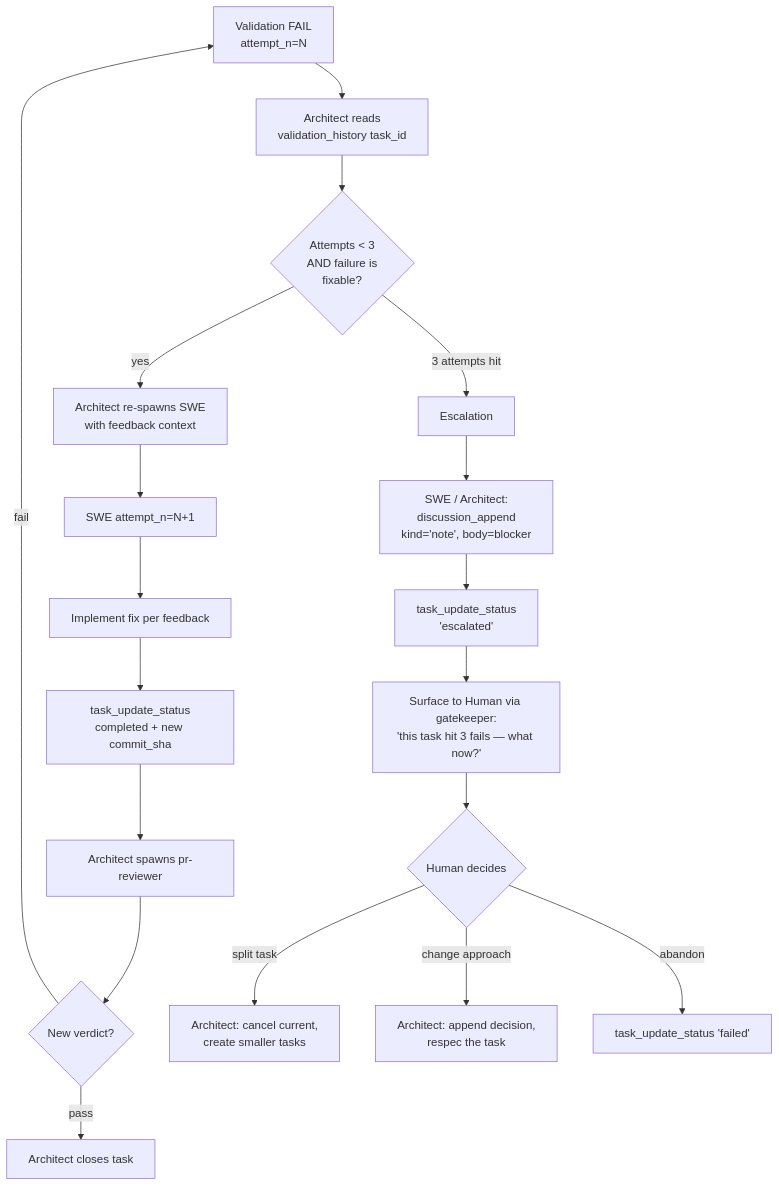
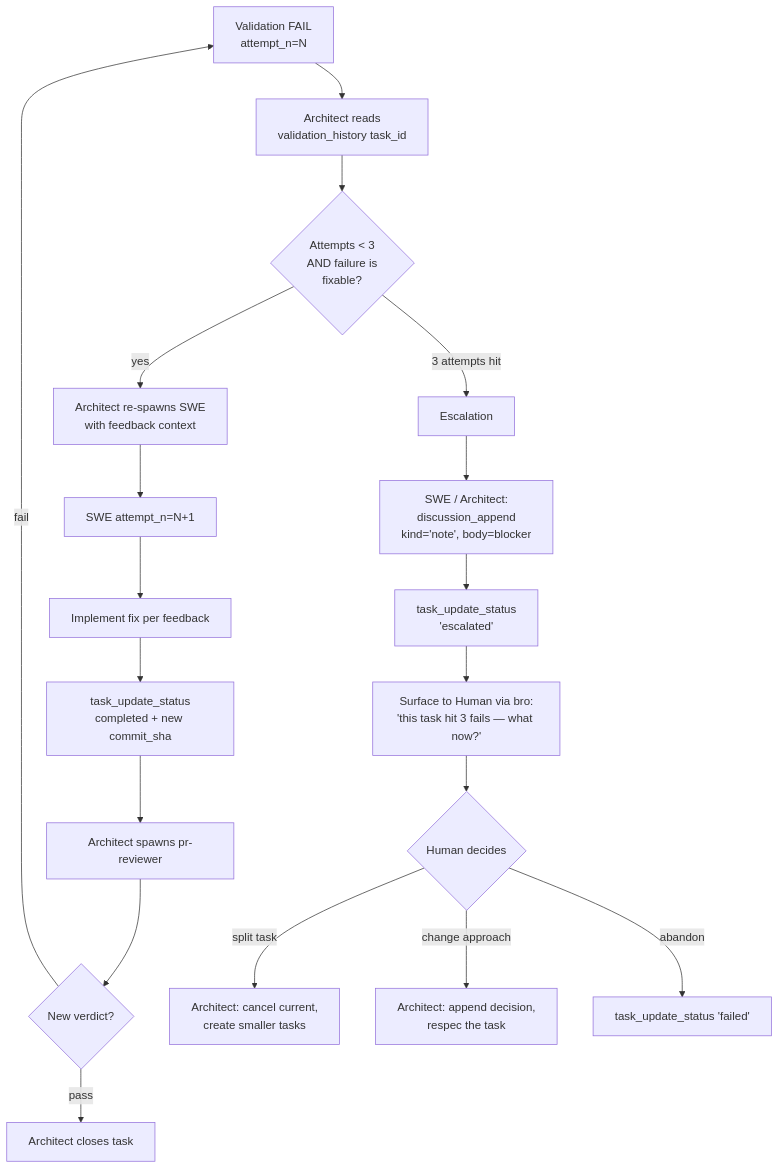
One commit to trustmybot/plugin changed the eighth of 9 diagrams in docs/architecture/FLOWS.md. Above: the diagram before and after it, drawn with Mermaid. The commit also changed other lines of this file and 39 other files, not shown here.

First line of the commit message:
🏛️ rename: gatekeeper → bro everywhere, drop bro_name column

````diff
--- a/docs/architecture/FLOWS.md
+++ b/docs/architecture/FLOWS.md
@@ -337,22 +337,22 @@
 ```mermaid
 flowchart TD
     A[Validation FAIL<br/>attempt_n=N] --> B[Architect reads<br/>validation_history task_id]
     B --> C{Attempts < 3<br/>AND failure is<br/>fixable?}
     C -->|yes| D[Architect re-spawns SWE<br/>with feedback context]
     D --> E[SWE attempt_n=N+1]
     E --> F[Implement fix per feedback]
     F --> G[task_update_status<br/>completed + new commit_sha]
     G --> H[Architect spawns pr-reviewer]
     H --> I{New verdict?}
     I -->|pass| J[Architect closes task]
     I -->|fail| A
 
     C -->|3 attempts hit| K[Escalation]
     K --> L[SWE / Architect:<br/>discussion_append<br/>kind='note', body=blocker]
     L --> M[task_update_status<br/>'escalated']
-    M --> N[Surface to Human via gatekeeper:<br/>'this task hit 3 fails — what now?']
+    M --> N[Surface to Human via bro:<br/>'this task hit 3 fails — what now?']
     N --> O{Human decides}
     O -->|split task| P[Architect: cancel current,<br/>create smaller tasks]
     O -->|change approach| Q[Architect: append decision,<br/>respec the task]
     O -->|abandon| R[task_update_status 'failed']
 ```
````
